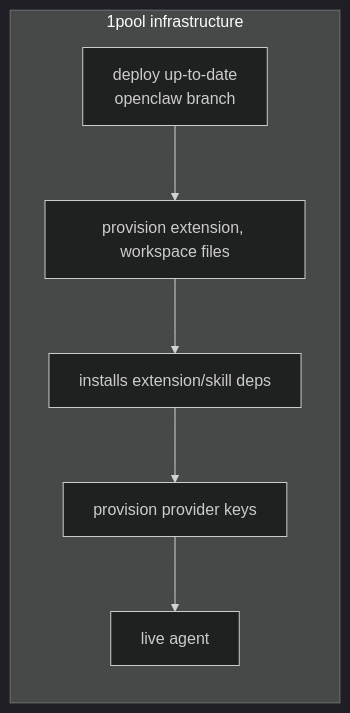
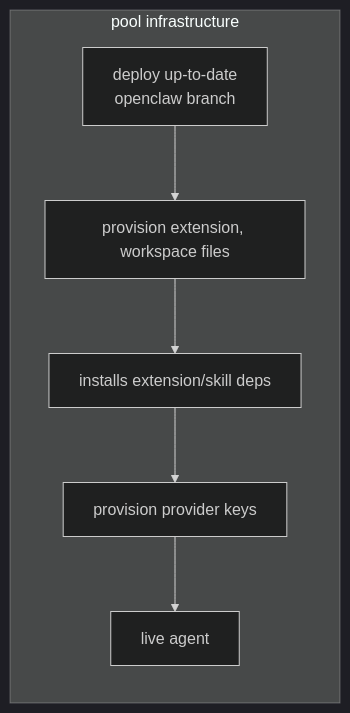
One commit to xmtplabs/convos-managed-agent-runtime changed the diagram in README.md. Above: the diagram before and after it, drawn with Mermaid (dark theme). The commit also changed 1 other file, not shown here.

Commit message:
fix readme mermaid subgraph id

````diff
--- a/README.md
+++ b/README.md
@@ -6,11 +6,11 @@
 ```mermaid
 flowchart LR
-  subgraph 1pool["1pool infrastructure"]
+  subgraph pool["pool infrastructure"]
     A[deploy up-to-date<br/>openclaw branch]
     B[provision extension, workspace files]
     C[installs extension/skill deps]
     D[provision provider keys]
     E[live agent]
     A --> B --> C --> D --> E
   end
 ```
````
